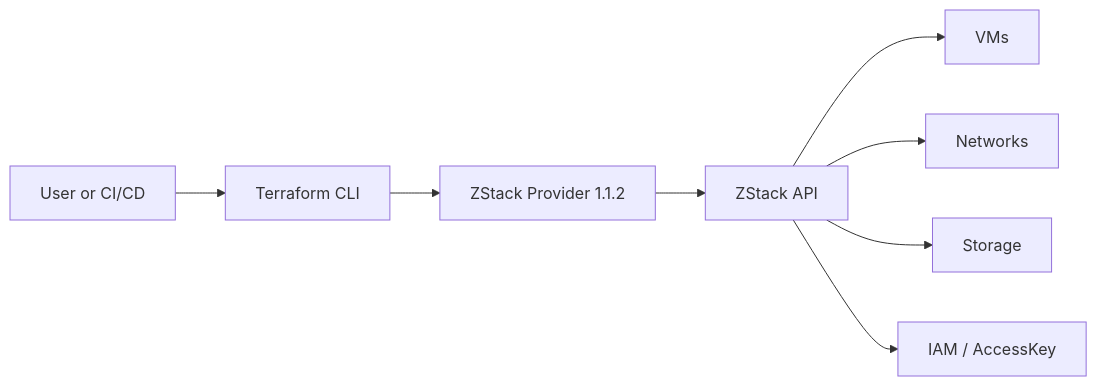
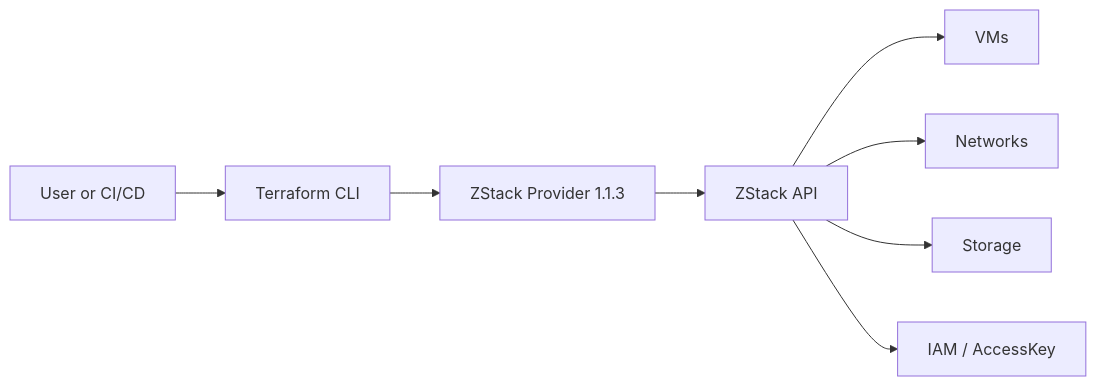
The first of 2 diagrams in docs/en/diagrams/index.md (terraform-zstack-modules/terraform-provider-zstack-docs), drawn with Mermaid before and after one commit. The commit also changed 98 other files, not shown here.

````diff
--- a/docs/en/diagrams/index.md
+++ b/docs/en/diagrams/index.md
@@ -8,10 +8,10 @@
 ```mermaid
 flowchart LR
   user[User or CI/CD] --> terraform[Terraform CLI]
-  terraform --> provider[ZStack Provider 1.1.2]
+  terraform --> provider[ZStack Provider 1.1.3]
   provider --> api[ZStack API]
   api --> compute[VMs]
   api --> network[Networks]
   api --> storage[Storage]
   api --> iam[IAM / AccessKey]
 ```
````
